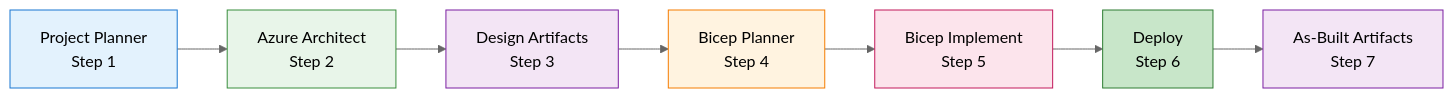
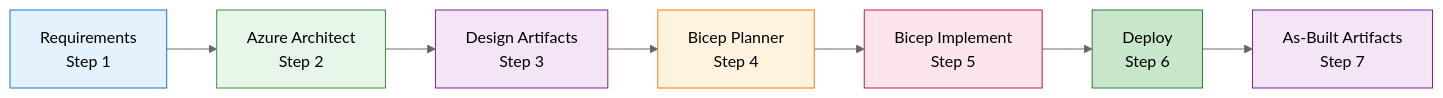
The first of 3 diagrams in scenarios/README.md (SmitaCnovate/azure-agentic-infraops), drawn with Mermaid before and after one commit. The commit also changed other lines of this file and 30 other files, not shown here.

````diff
--- a/scenarios/README.md
+++ b/scenarios/README.md
@@ -91,18 +91,18 @@
 ```mermaid
 %%{init: {'theme':'neutral'}}%%
 flowchart LR
-    A["Project Planner<br/>Step 1"] --> B["Azure Architect<br/>Step 2"]
+    A["Requirements<br/>Step 1"] --> B["Azure Architect<br/>Step 2"]
     B --> C["Design Artifacts<br/>Step 3"]
     C --> D["Bicep Planner<br/>Step 4"]
     D --> E["Bicep Implement<br/>Step 5"]
     E --> G["Deploy<br/>Step 6"]
     G --> F["As-Built Artifacts<br/>Step 7"]
 
     style A fill:#e3f2fd,stroke:#1976d2
     style B fill:#e8f5e9,stroke:#388e3c
     style C fill:#f3e5f5,stroke:#7b1fa2
     style D fill:#fff3e0,stroke:#f57c00
     style E fill:#fce4ec,stroke:#c2185b
     style G fill:#c8e6c9,stroke:#2e7d32
     style F fill:#f3e5f5,stroke:#7b1fa2
 ```
````
